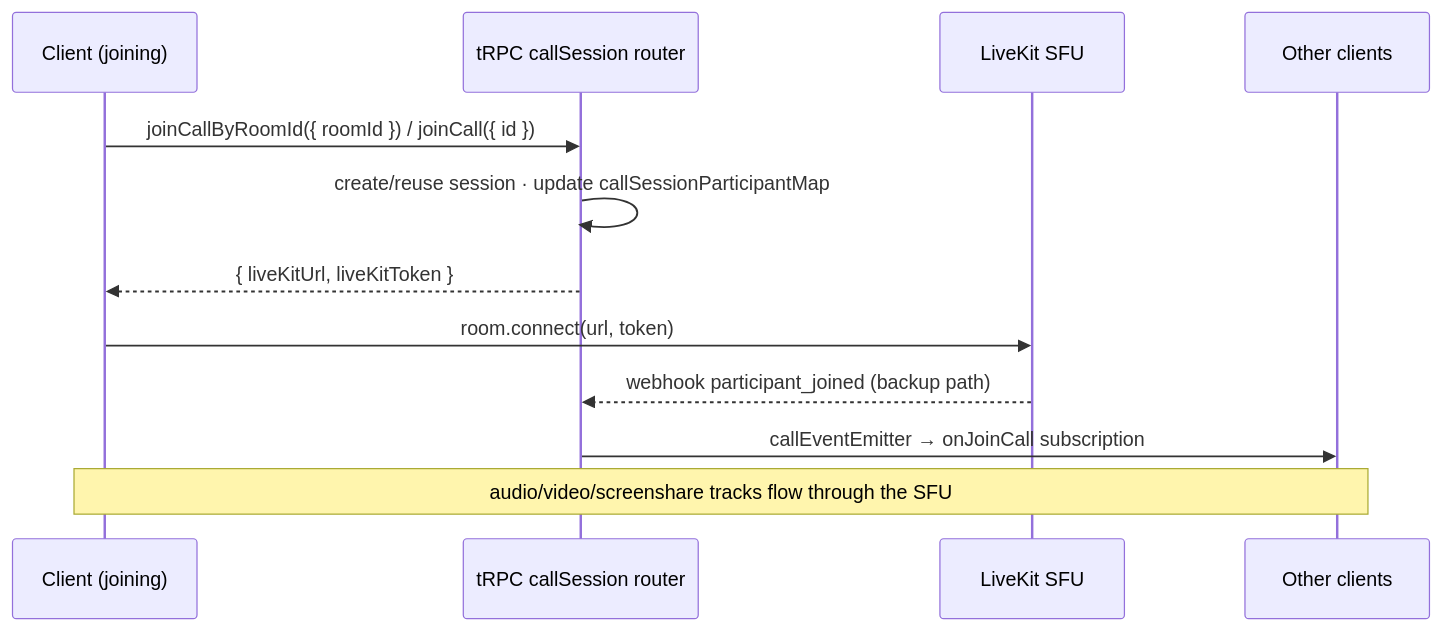
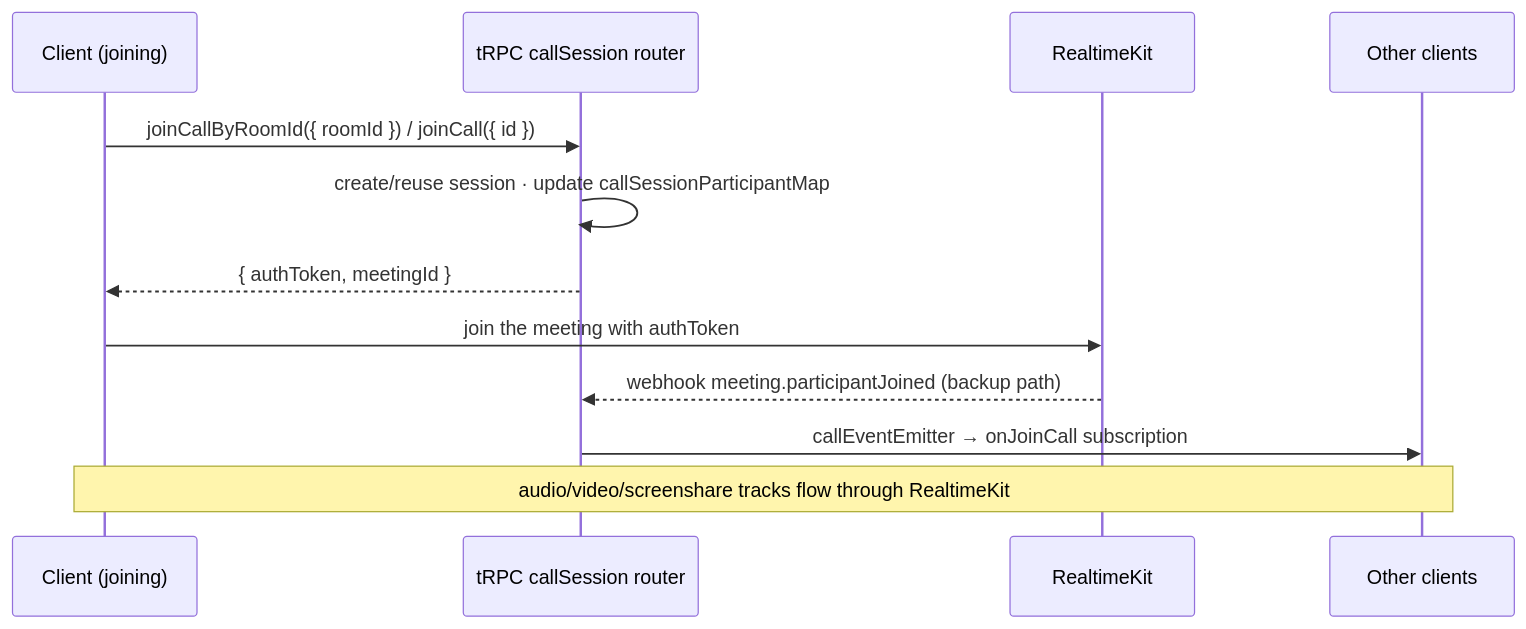
One commit to Esposter/Esposter changed the first of 3 diagrams in openspec/specs/esbabbler/calls/README.md. Above: the diagram before and after it, drawn with Mermaid. The commit also changed other lines of this file and 10 other files, not shown here.

First line of the commit message:
docs(calls): the call pages name RealtimeKit's meeting, webhook and join fields

````diff
--- a/openspec/specs/esbabbler/calls/README.md
+++ b/openspec/specs/esbabbler/calls/README.md
@@ -33,15 +33,15 @@
 ```mermaid
 sequenceDiagram
     participant A as Client (joining)
     participant T as tRPC callSession router
-    participant LK as LiveKit SFU
+    participant RTK as RealtimeKit
     participant B as Other clients
 
     A->>T: joinCallByRoomId({ roomId }) / joinCall({ id })
     T->>T: create/reuse session · update callSessionParticipantMap
-    T-->>A: { liveKitUrl, liveKitToken }
-    A->>LK: room.connect(url, token)
-    LK-->>T: webhook participant_joined (backup path)
+    T-->>A: { authToken, meetingId }
+    A->>RTK: join the meeting with authToken
+    RTK-->>T: webhook meeting.participantJoined (backup path)
     T->>B: callEventEmitter → onJoinCall subscription
-    Note over A,B: audio/video/screenshare tracks flow through the SFU
+    Note over A,B: audio/video/screenshare tracks flow through RealtimeKit
 ```
````
